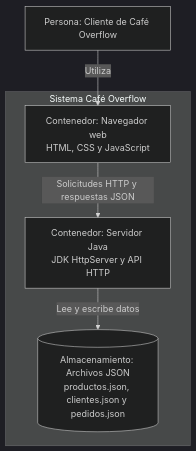
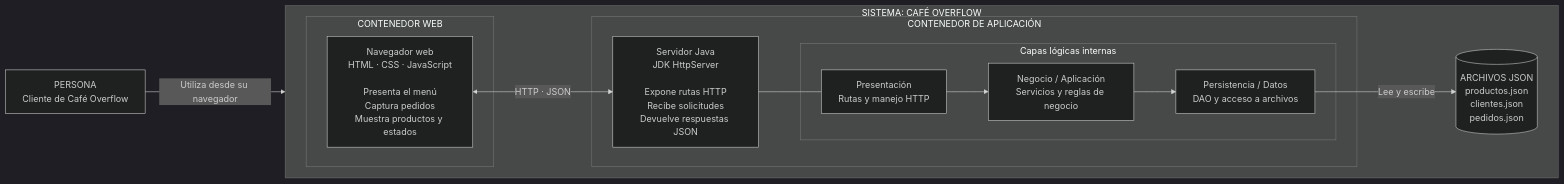
Before and after one commit to alejoms13/Taller-Modelo-N-Tier: the diagram in docs/diagramas-c4/c2-contenedores.mmd, drawn with Mermaid (dark theme).

```diff
--- a/docs/diagramas-c4/c2-contenedores.mmd
+++ b/docs/diagramas-c4/c2-contenedores.mmd
@@ -1,12 +1,30 @@
-flowchart TB
-    Cliente["Persona: Cliente de Café Overflow"]
+flowchart LR
+    Cliente["PERSONA<br/>Cliente de Café Overflow"]
 
-    subgraph Sistema["Sistema Café Overflow"]
-        Browser["Contenedor: Navegador web<br/>HTML, CSS y JavaScript"]
-        Java["Contenedor: Servidor Java<br/>JDK HttpServer y API HTTP"]
-        JSON[("Almacenamiento: Archivos JSON<br/>productos.json, clientes.json y pedidos.json")]
+    subgraph Sistema["SISTEMA: CAFÉ OVERFLOW"]
+        direction LR
+
+        subgraph Frontend["CONTENEDOR WEB"]
+            Browser["Navegador web<br/>HTML · CSS · JavaScript<br/><br/>Presenta el menú<br/>Captura pedidos<br/>Muestra productos y estados"]
+        end
+
+        subgraph Backend["CONTENEDOR DE APLICACIÓN"]
+            Java["Servidor Java<br/>JDK HttpServer<br/><br/>Expone rutas HTTP<br/>Recibe solicitudes<br/>Devuelve respuestas JSON"]
+
+            subgraph Capas["Capas lógicas internas"]
+                Presentacion["Presentación<br/>Rutas y manejo HTTP"]
+                Negocio["Negocio / Aplicación<br/>Servicios y reglas de negocio"]
+                Persistencia["Persistencia / Datos<br/>DAO y acceso a archivos"]
+            end
+
+            Presentacion --> Negocio
+            Negocio --> Persistencia
+            Java --- Presentacion
+        end
+
+        Datos[("ARCHIVOS JSON<br/>productos.json<br/>clientes.json<br/>pedidos.json")]
+        Persistencia -->|"Lee y escribe"| Datos
     end
 
-    Cliente -->|"Utiliza"| Browser
-    Browser -->|"Solicitudes HTTP y respuestas JSON"| Java
-    Java -->|"Lee y escribe datos"| JSON
+    Cliente -->|"Utiliza desde su navegador"| Browser
+    Browser <-->|"HTTP · JSON"| Java
```
